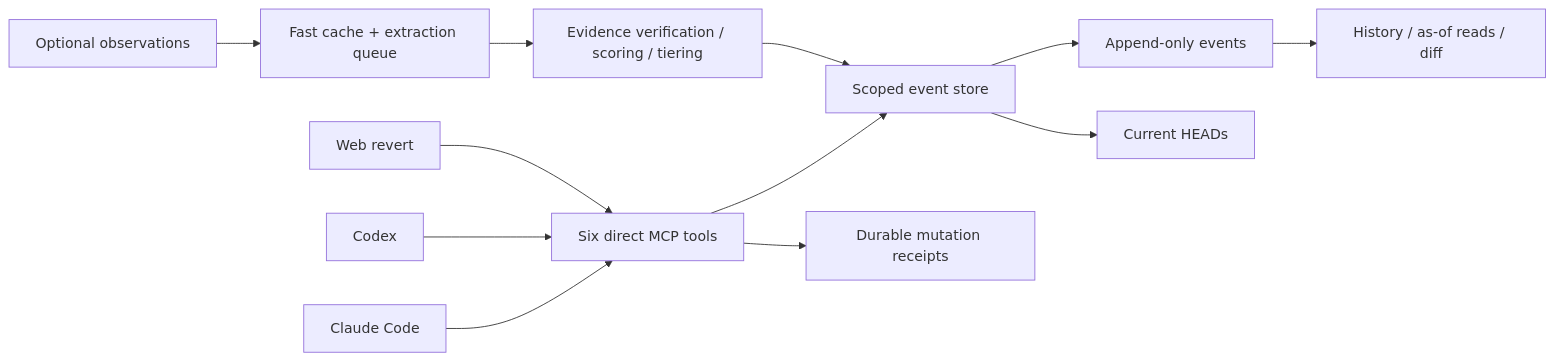
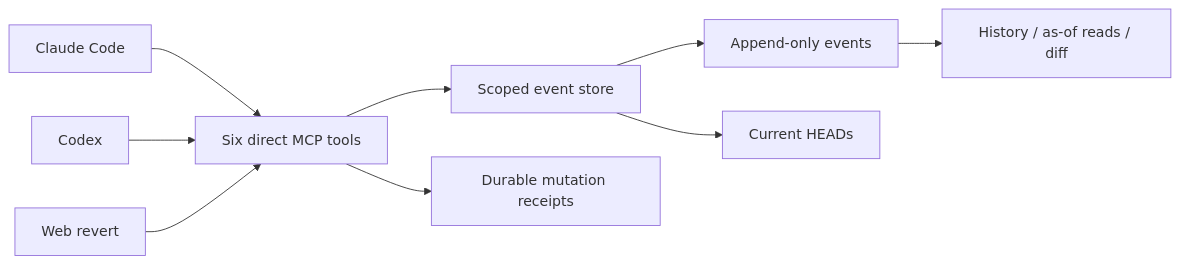
The diagram in README.md (Yugesh-reddy/Mnemo), drawn with Mermaid before and after one commit. The commit also changed other lines of this file and 494 other files, not shown here.

````diff
--- a/README.md
+++ b/README.md
@@ -278,14 +278,11 @@
 ```mermaid
 flowchart LR
     Claude[Claude Code] --> Direct[Six direct MCP tools]
     Codex[Codex] --> Direct
     UI[Web revert] --> Direct
     Direct --> Core[Scoped event store]
-    Turns[Optional observations] --> Cache[Fast cache + extraction queue]
-    Cache --> Worker[Evidence verification / scoring / tiering]
-    Worker --> Core
     Core --> Events[Append-only events]
     Core --> Heads[Current HEADs]
     Direct --> Receipts[Durable mutation receipts]
     Events --> History[History / as-of reads / diff]
 ```
````
